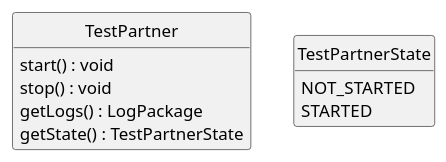
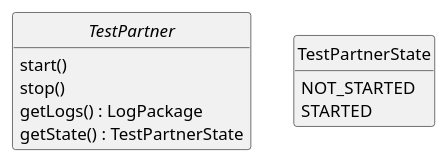
One commit to uniba-dsg/betsy changed the diagram in doc/test-partner.puml. Above: the diagram before and after it, drawn with PlantUML. The commit also changed 3 other files, not shown here.

```diff
--- a/doc/test-partner.puml
+++ b/doc/test-partner.puml
@@ -1,22 +1,22 @@
 @startuml
 
-class TestPartner {
-  start() : void
-  stop() : void
+interface TestPartner {
+  start()
+  stop()
   getLogs() : LogPackage
   getState() : TestPartnerState
 }
 
-class TestPartnerState {
+enum TestPartnerState {
   NOT_STARTED
   STARTED
 }
 
 hide empty members
 hide empty methods
 hide circle
 
 skinparam monochrome true
 skinparam shadowing false
 skinparam packageStyle rect
 @enduml
```
